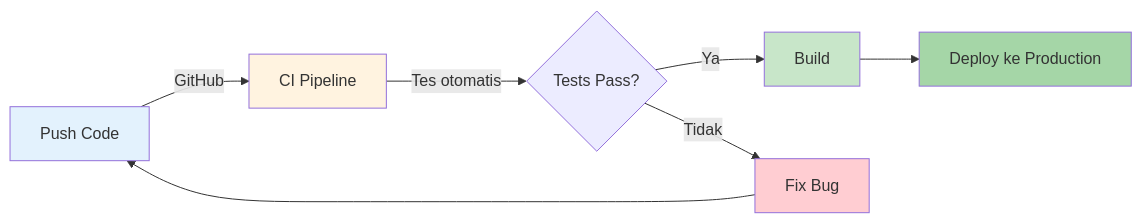
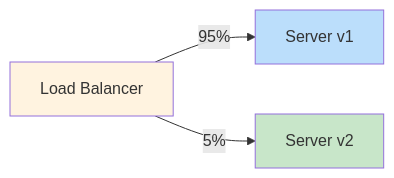
One commit to ant-joshua/rpl-ai-curriculum changed the fourth of 4 diagrams in 36-web-architecture/04-hosting-deploy.md. Above: the diagram before and after it, drawn with Mermaid. The commit also changed other lines of this file and 80 other files, not shown here.

````diff
--- a/36-web-architecture/04-hosting-deploy.md
+++ b/36-web-architecture/04-hosting-deploy.md
@@ -198,14 +208,8 @@
 ```mermaid
 graph LR
-    A[Push Code] -->|GitHub| B[CI Pipeline]
-    B -->|Tes otomatis| C{Tests Pass?}
-    C -->|Ya| D[Build]
-    D --> E[Deploy ke Production]
-    C -->|Tidak| F[Fix Bug]
-    F --> A
-    style A fill:#e3f2fd
-    style B fill:#fff3e0
-    style D fill:#c8e6c9
-    style E fill:#a5d6a7
-    style F fill:#ffcdd2
+    LB[Load Balancer] -->|95%| A[Server v1]
+    LB -->|5%| B[Server v2]
+    style LB fill:#fff3e0
+    style A fill:#bbdefb
+    style B fill:#c8e6c9
 ```
````
